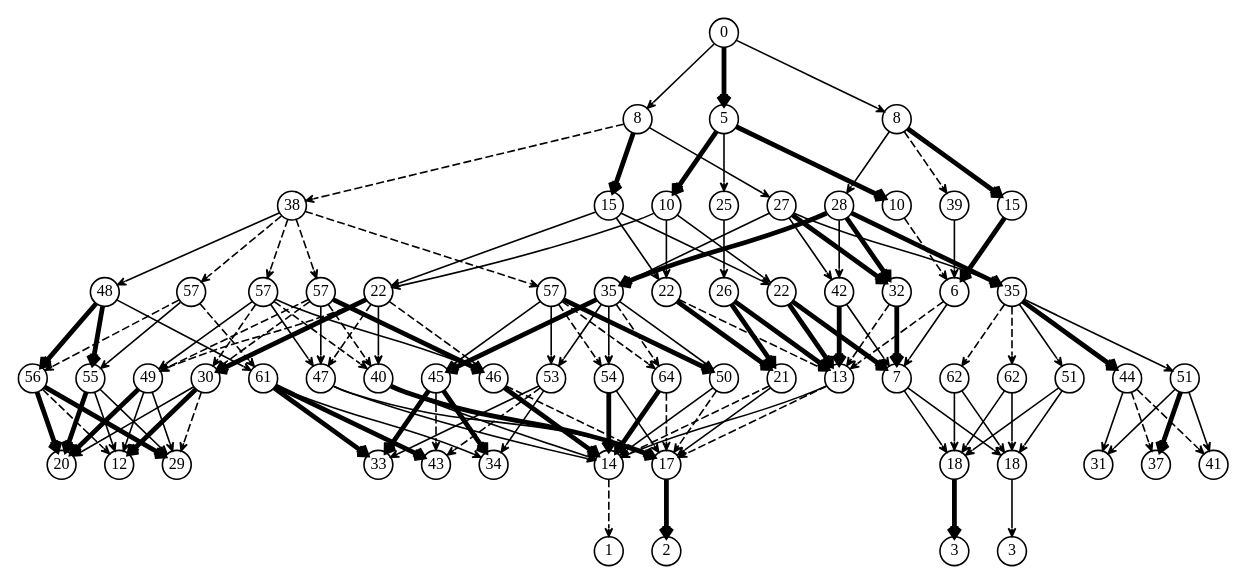
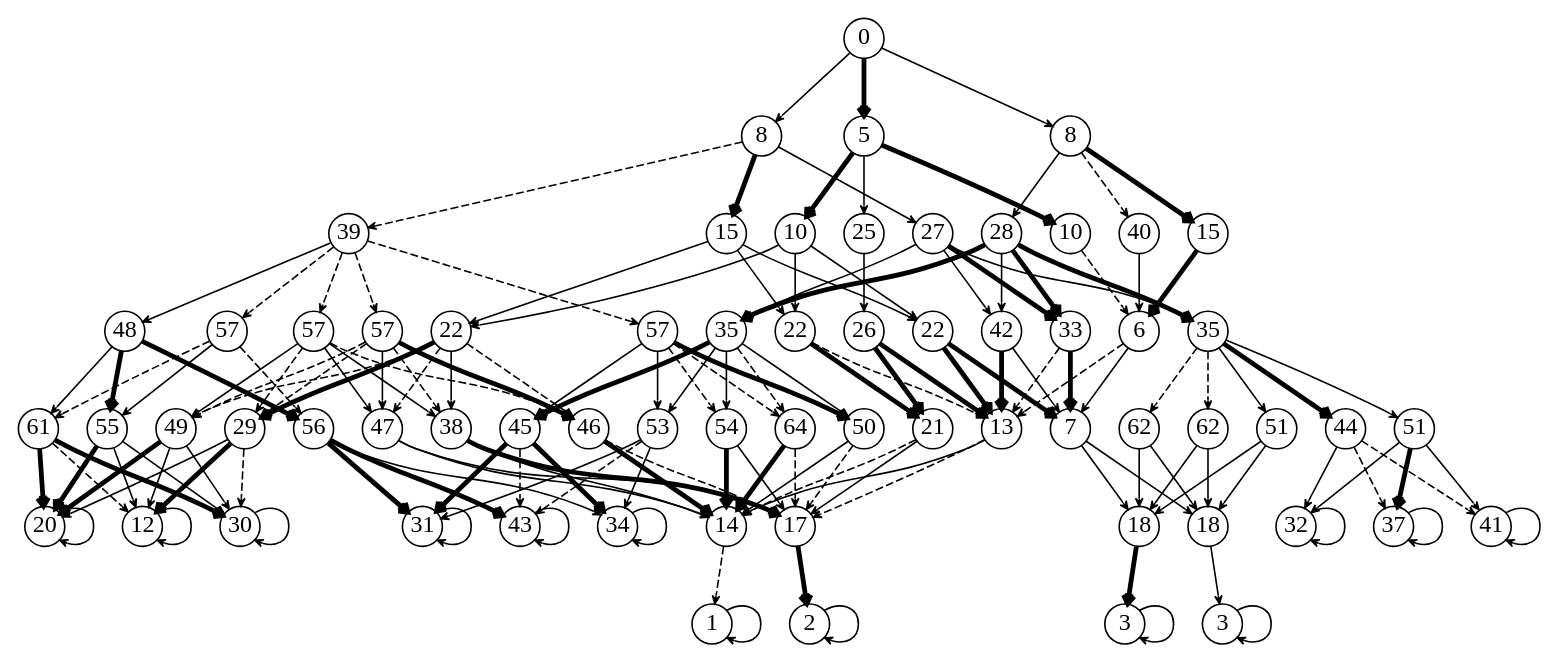
One commit to kphongph/repo_ttu changed the diagram in attack_graph/result/metha_w.dot. Above: the diagram before and after it, drawn with Graphviz. The commit also changed 14 other files, not shown here.

Commit message:
all graph done

```diff
--- a/attack_graph/result/metha_w.dot
+++ b/attack_graph/result/metha_w.dot
@@ -1,18 +1,19 @@
 digraph G {
-  node [shape=circle,width=.25,height=.25,fixedsize=true,fontsize=10];
+  node [shape=circle,width=.35,height=.35,fixedsize=true,
+     fontname="Palatino", fontsize=15];
   edge [arrowhead="vee",arrowsize=.5];
   s0 [label="0"];
   s1 [label="8"];
   s2 [label="5"];
   s3 [label="8"];
-  s4 [label="38"];
+  s4 [label="39"];
   s5 [label="15"];
   s6 [label="10"];
   s7 [label="25"];
   s8 [label="27"];
   s9 [label="28"];
   s10 [label="10"];
-  s11 [label="39"];
+  s11 [label="40"];
   s12 [label="15"];
   s13 [label="48"];
   s14 [label="57"];
@@ -25,18 +26,18 @@
   s21 [label="26"];
   s22 [label="22"];
   s23 [label="42"];
-  s24 [label="32"];
+  s24 [label="33"];
   s25 [label="6"];
   s26 [label="35"];
   s27 [label="55"];
-  s28 [label="56"];
+  s28 [label="61"];
   s29 [label="49"];
-  s30 [label="30"];
-  s31 [label="61"];
+  s30 [label="29"];
+  s31 [label="56"];
   s32 [label="53"];
   s33 [label="45"];
   s34 [label="47"];
-  s35 [label="40"];
+  s35 [label="38"];
   s36 [label="46"];
   s37 [label="64"];
   s38 [label="50"];
@@ -50,16 +51,16 @@
   s46 [label="51"];
   s47 [label="62"];
   s48 [label="12"];
-  s49 [label="29"];
+  s49 [label="30"];
   s50 [label="20"];
   s51 [label="34"];
-  s52 [label="33"];
+  s52 [label="31"];
   s53 [label="43"];
   s54 [label="14"];
   s55 [label="17"];
   s56 [label="37"];
   s57 [label="41"];
-  s58 [label="31"];
+  s58 [label="32"];
   s59 [label="18"];
   s60 [label="18"];
   s61 [label="1"];
@@ -102,16 +103,16 @@
   s11 -> s25 [penwidth=1];
   s12 -> s25 [penwidth=3];
   s13 -> s27 [penwidth=3];
-  s13 -> s28 [penwidth=3];
-  s13 -> s31 [penwidth=1];
+  s13 -> s28 [penwidth=1];
+  s13 -> s31 [penwidth=3];
   s14 -> s27 [penwidth=1];
   s14 -> s28 [style=dashed];
   s14 -> s31 [style=dashed];
   s15 -> s29 [penwidth=1];
   s15 -> s30 [style=dashed];
   s15 -> s34 [penwidth=1];
-  s15 -> s35 [style=dashed];
-  s15 -> s36 [penwidth=1];
+  s15 -> s35 [penwidth=1];
+  s15 -> s36 [style=dashed];
   s16 -> s29 [style=dashed];
   s16 -> s30 [style=dashed];
   s16 -> s34 [penwidth=1];
@@ -200,8 +201,21 @@
   s46 -> s60 [penwidth=1];
   s47 -> s59 [penwidth=1];
   s47 -> s60 [penwidth=1];
+  s48 -> s48 [penwidth=1];
+  s49 -> s49 [penwidth=1];
+  s50 -> s50 [penwidth=1];
+  s51 -> s51 [penwidth=1];
+  s52 -> s52 [penwidth=1];
+  s53 -> s53 [penwidth=1];
   s54 -> s61 [style=dashed];
   s55 -> s62 [penwidth=3];
+  s56 -> s56 [penwidth=1];
+  s57 -> s57 [penwidth=1];
+  s58 -> s58 [penwidth=1];
   s59 -> s63 [penwidth=3];
   s60 -> s64 [penwidth=1];
+  s61 -> s61 [penwidth=1];
+  s62 -> s62 [penwidth=1];
+  s63 -> s63 [penwidth=1];
+  s64 -> s64 [penwidth=1];
 }
```
